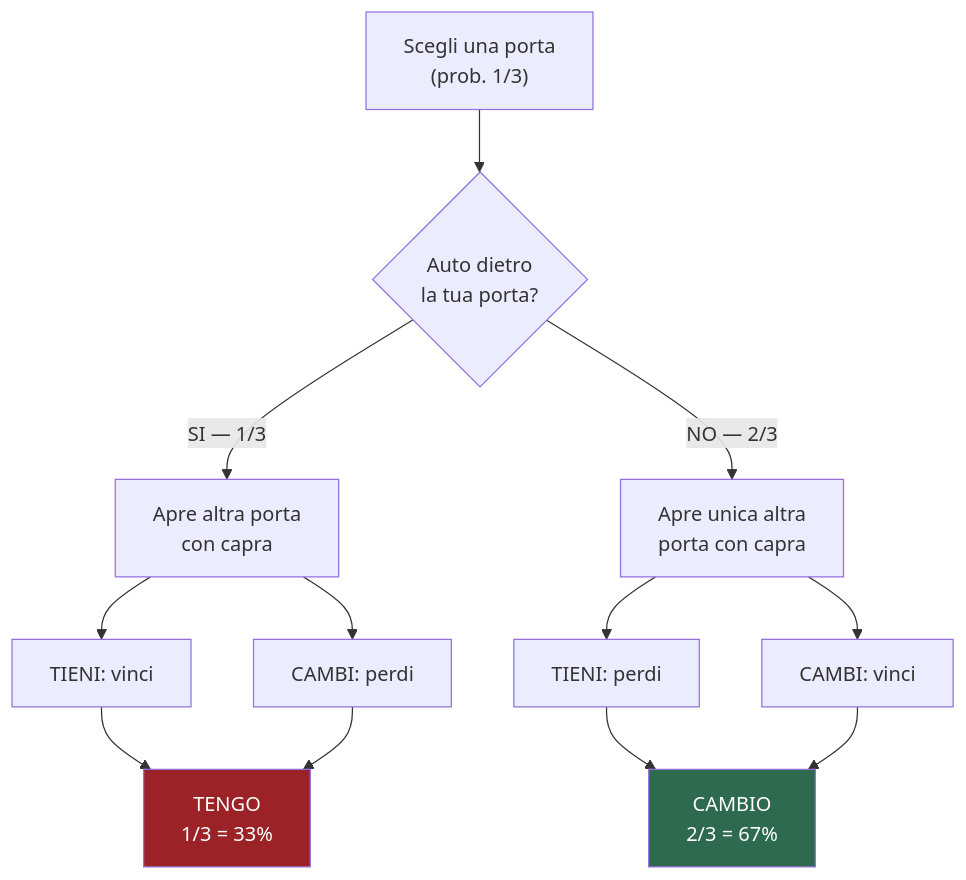
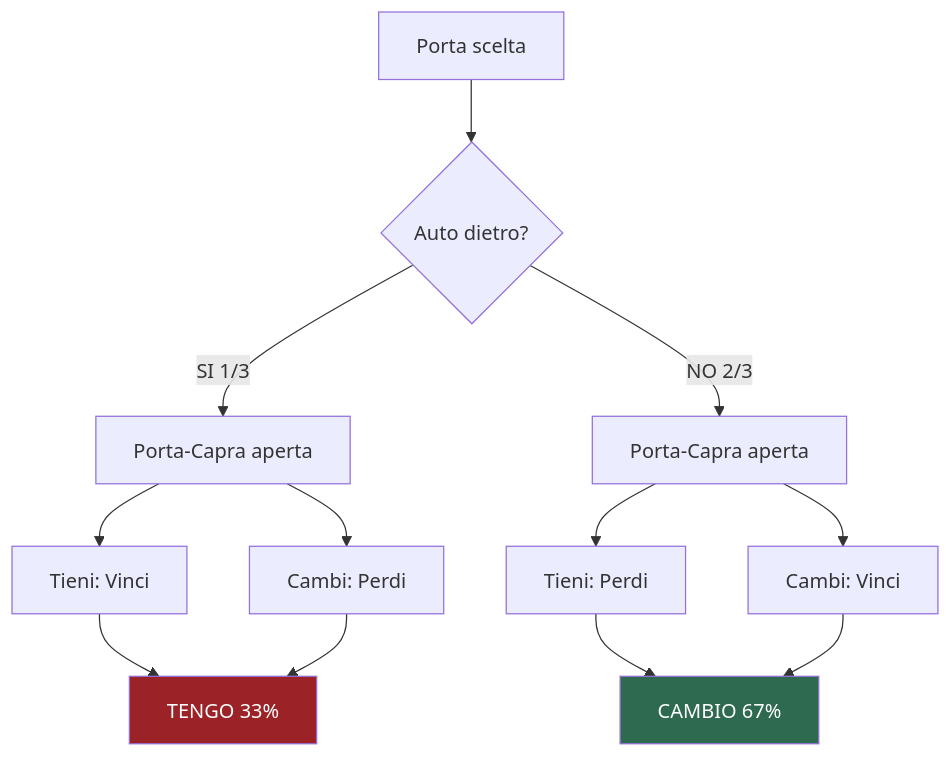
Before and after one commit to DiscoHDuBois/Dilemma-Monty-Hall: the diagram in README.md, drawn with Mermaid. The commit also changed other lines of this file, not shown here.

````diff
--- a/README.md
+++ b/README.md
@@ -41,21 +41,21 @@
 ```mermaid
 flowchart TD
-    A["Scegli una porta\n(prob. 1/3)"] --> B{"Auto dietro\nla tua porta?"}
+    A["Porta scelta"] --> B{"Auto dietro?"}
 
-    B -- "SI — 1/3" --> C["Apre altra porta\ncon capra"]
-    B -- "NO — 2/3" --> D["Apre unica altra\nporta con capra"]
+    B -- "SI 1/3" --> C["Porta-Capra aperta"]
+    B -- "NO 2/3" --> D["Porta-Capra aperta"]
 
-    C --> E["TIENI: vinci"]
-    C --> F["CAMBI: perdi"]
+    C --> E["Tieni: Vinci"]
+    C --> F["Cambi: Perdi"]
 
-    D --> G["TIENI: perdi"]
-    D --> H["CAMBI: vinci"]
+    D --> G["Tieni: Perdi"]
+    D --> H["Cambi: Vinci"]
 
-    E --> Z["TENGO\n1/3 = 33%"]
+    E --> Z["TENGO 33%"]
     F --> Z
-    G --> W["CAMBIO\n2/3 = 67%"]
+    G --> W["CAMBIO 67%"]
     H --> W
 
     style W fill:#2d6a4f,color:#fff
     style Z fill:#9b2226,color:#fff
 ```
````
